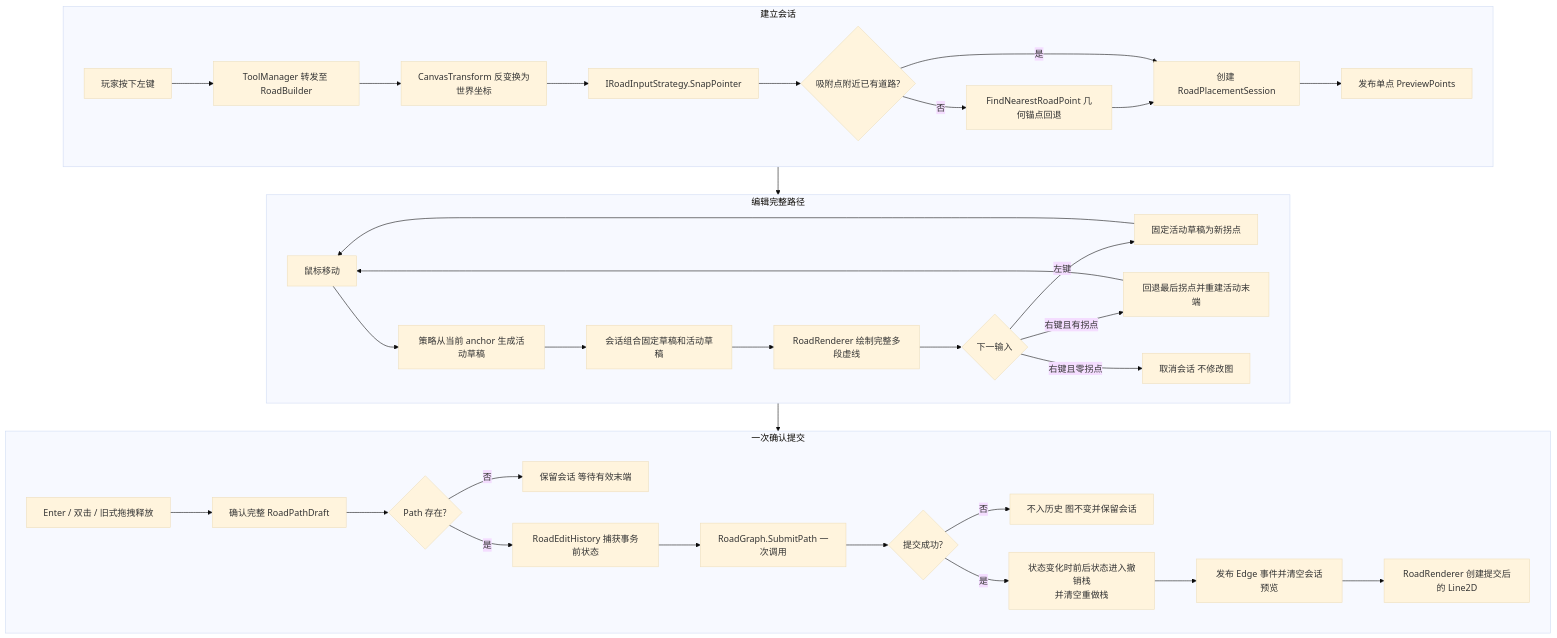
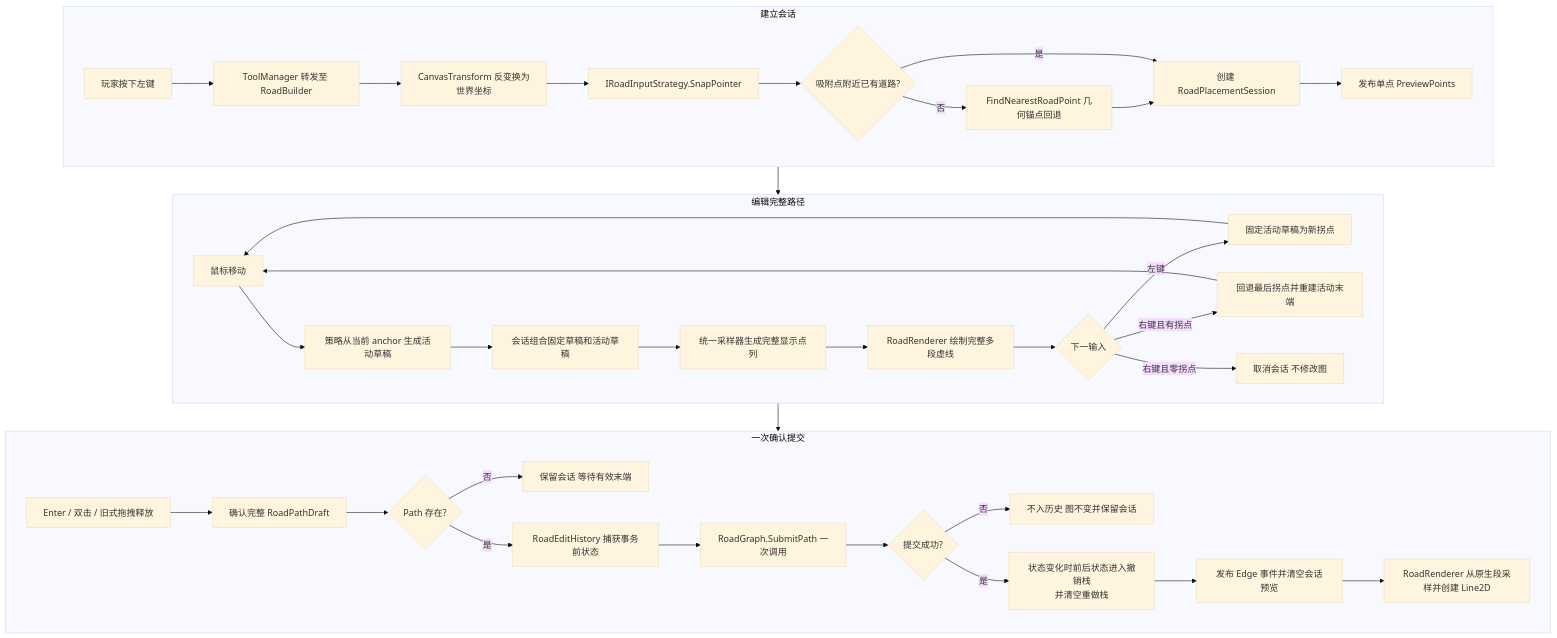
One commit to xianfishyu/SimpleCities changed the second of 9 diagrams in docs/reference/game-logic.md. Above: the diagram before and after it, drawn with Mermaid (base theme). The commit also changed other lines of this file and 11 other files, not shown here.

````diff
--- a/docs/reference/game-logic.md
+++ b/docs/reference/game-logic.md
@@ -81,41 +84,42 @@
 ```mermaid
 flowchart TD
     subgraph Phase1["建立会话"]
         S1["玩家按下左键"] --> S2["ToolManager 转发至 RoadBuilder"]
         S2 --> S3["CanvasTransform 反变换为世界坐标"]
         S3 --> S4["IRoadInputStrategy.SnapPointer"]
         S4 --> S5{"吸附点附近已有道路?"}
         S5 -->|否| S6["FindNearestRoadPoint 几何锚点回退"]
         S5 -->|是| S7["创建 RoadPlacementSession"]
         S6 --> S7
         S7 --> S8["发布单点 PreviewPoints"]
     end
 
     subgraph Phase2["编辑完整路径"]
         D1["鼠标移动"] --> D2["策略从当前 anchor 生成活动草稿"]
         D2 --> D3["会话组合固定草稿和活动草稿"]
-        D3 --> D4["RoadRenderer 绘制完整多段虚线"]
-        D4 --> D5{"下一输入"}
+        D3 --> D4["统一采样器生成完整显示点列"]
+        D4 --> D4A["RoadRenderer 绘制完整多段虚线"]
+        D4A --> D5{"下一输入"}
         D5 -->|左键| D6["固定活动草稿为新拐点"]
         D5 -->|右键且有拐点| D7["回退最后拐点并重建活动末端"]
         D5 -->|右键且零拐点| D8["取消会话 不修改图"]
         D6 --> D1
         D7 --> D1
     end
 
     subgraph Phase3["一次确认提交"]
         C1["Enter / 双击 / 旧式拖拽释放"] --> C2["确认完整 RoadPathDraft"]
         C2 --> C3{"Path 存在?"}
         C3 -->|否| C4["保留会话 等待有效末端"]
         C3 -->|是| C5["RoadEditHistory 捕获事务前状态"]
         C5 --> C6["RoadGraph.SubmitPath 一次调用"]
         C6 --> C7{"提交成功?"}
         C7 -->|否| C8["不入历史 图不变并保留会话"]
         C7 -->|是| C9["状态变化时前后状态进入撤销栈<br/>并清空重做栈"]
         C9 --> C10["发布 Edge 事件并清空会话预览"]
-        C10 --> C11["RoadRenderer 创建提交后的 Line2D"]
+        C10 --> C11["RoadRenderer 从原生段采样并创建 Line2D"]
     end
 
     Phase1 --> Phase2
     Phase2 --> Phase3
 ```
````
